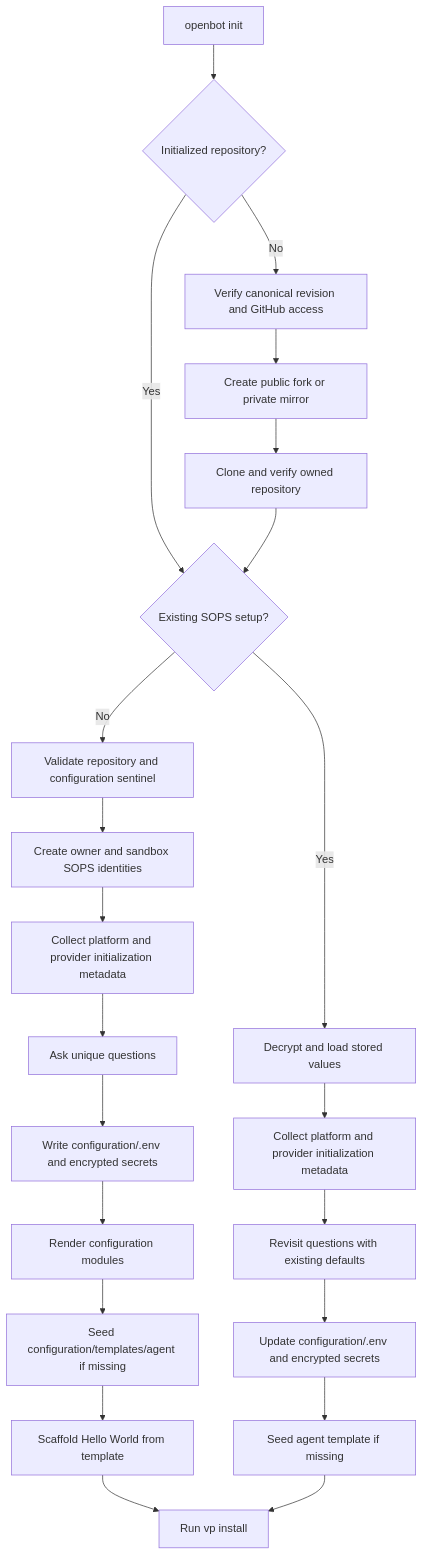
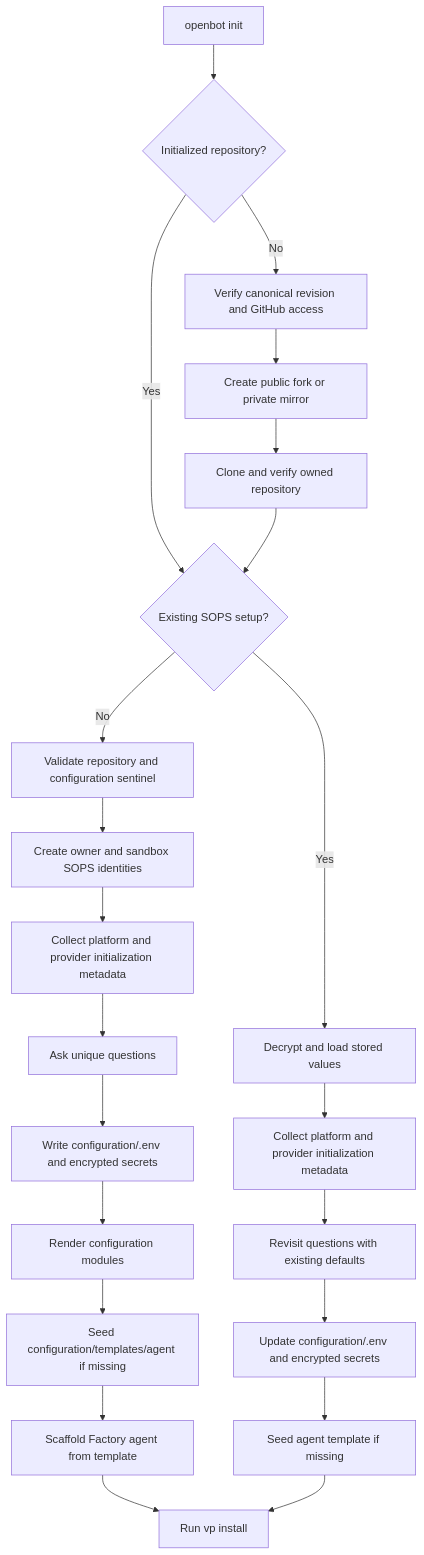
One commit to trytilde/dispatch changed the first of 4 diagrams in docs/lifecycle.md. Above: the diagram before and after it, drawn with Mermaid. The commit also changed 70 other files, not shown here.

First line of the commit message:
feat!: replace hello-world with factory agent and add git-provider

````diff
--- a/docs/lifecycle.md
+++ b/docs/lifecycle.md
@@ -9,24 +9,24 @@
 ```mermaid
 flowchart TD
   A["openbot init"] --> B{"Initialized repository?"}
   B -- "No" --> C["Verify canonical revision and GitHub access"]
   C --> D["Create public fork or private mirror"]
   D --> E["Clone and verify owned repository"]
   B -- "Yes" --> F{"Existing SOPS setup?"}
   E --> F
   F -- "No" --> G["Validate repository and configuration sentinel"]
   G --> H["Create owner and sandbox SOPS identities"]
   H --> I["Collect platform and provider initialization metadata"]
   I --> J["Ask unique questions"]
   J --> K["Write configuration/.env and encrypted secrets"]
   K --> L["Render configuration modules"]
   L --> M["Seed configuration/templates/agent if missing"]
-  M --> N["Scaffold Hello World from template"]
+  M --> N["Scaffold Factory agent from template"]
   N --> Z["Run vp install"]
   F -- "Yes" --> P["Decrypt and load stored values"]
   P --> Q["Collect platform and provider initialization metadata"]
   Q --> R["Revisit questions with existing defaults"]
   R --> S["Update configuration/.env and encrypted secrets"]
   S --> T["Seed agent template if missing"]
   T --> Z
 ```
````
